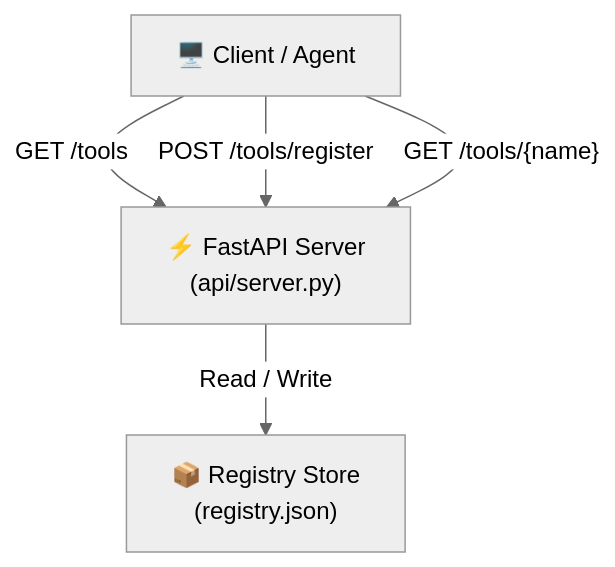
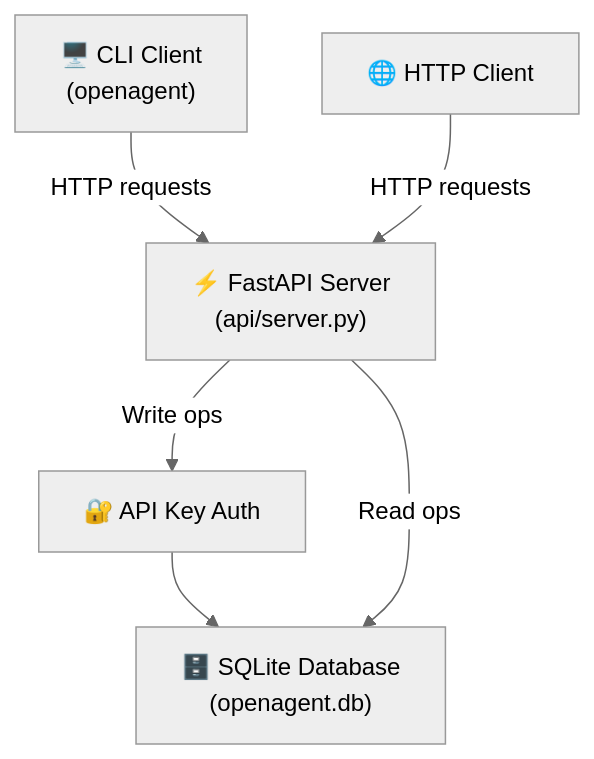
One commit to thz20000921-ship-it/OpenAgentHub changed the diagram in README.md. Above: the diagram before and after it, drawn with Mermaid (neutral theme). The commit also changed other lines of this file and 19 other files, not shown here.

Commit message:
feat: complete openagenthub enhancement with sqlite, cli, auth and ci

````diff
--- a/README.md
+++ b/README.md
@@ -16,11 +23,14 @@
 ```mermaid
 graph TD
-    Client["🖥️ Client / Agent"]
+    CLI["🖥️ CLI Client<br/>(openagent)"]
+    Client["🌐 HTTP Client"]
+    Auth["🔐 API Key Auth"]
     API["⚡ FastAPI Server<br/>(api/server.py)"]
-    Registry["📦 Registry Store<br/>(registry.json)"]
+    DB["🗄️ SQLite Database<br/>(openagent.db)"]
 
-    Client -- "GET /tools" --> API
-    Client -- "POST /tools/register" --> API
-    Client -- "GET /tools/{name}" --> API
-    API -- "Read / Write" --> Registry
+    CLI -- "HTTP requests" --> API
+    Client -- "HTTP requests" --> API
+    API -- "Write ops" --> Auth
+    Auth --> DB
+    API -- "Read ops" --> DB
 ```
````
